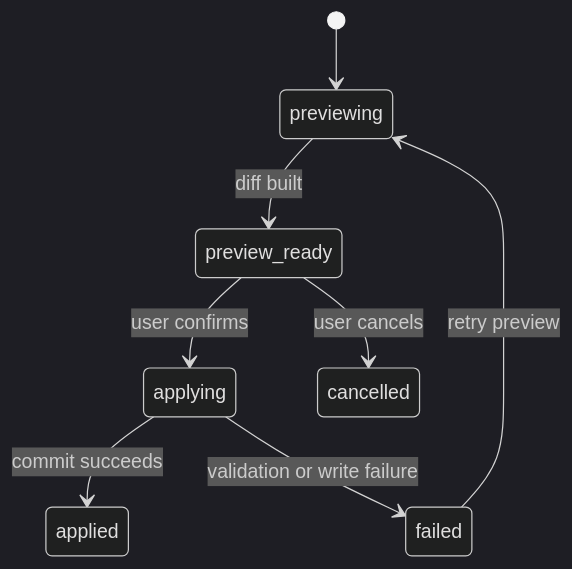
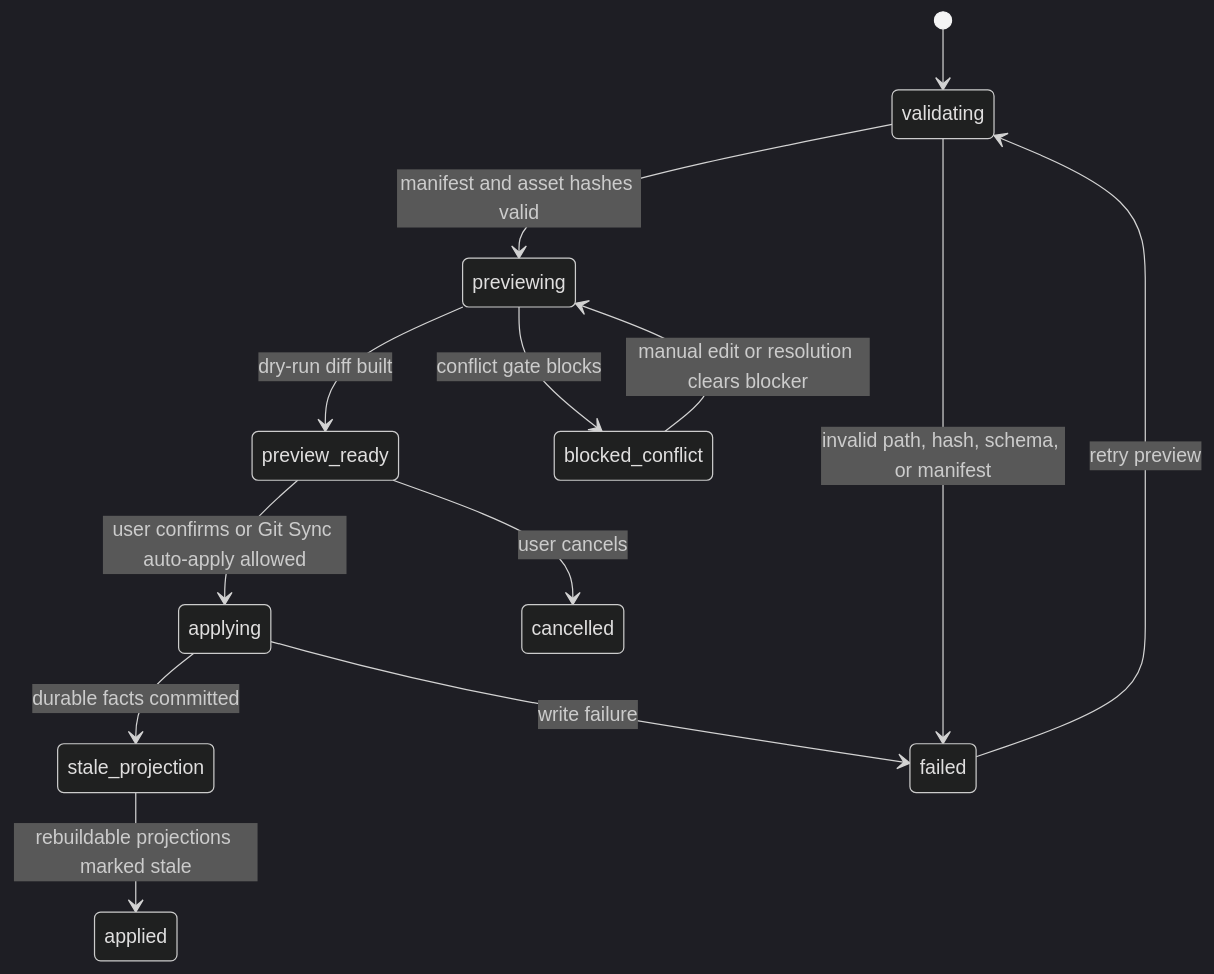
One commit to leike0813/zotero-agents changed the tenth of 11 diagrams in doc/synthesis-layer/state-machines.md. Above: the diagram before and after it, drawn with Mermaid (dark theme). The commit also changed other lines of this file and 521 other files, not shown here.

Commit message:
Support skill-runner using host bridge capability and sequence workflow execution & Dashboard UI refactor & Several bug fixes

````diff
--- a/doc/synthesis-layer/state-machines.md
+++ b/doc/synthesis-layer/state-machines.md
@@ -293,10 +294,15 @@
 ```mermaid
 stateDiagram-v2
-  [*] --> previewing
-  previewing --> preview_ready: diff built
-  preview_ready --> applying: user confirms
+  [*] --> validating
+  validating --> previewing: manifest and asset hashes valid
+  validating --> failed: invalid path, hash, schema, or manifest
+  previewing --> preview_ready: dry-run diff built
+  previewing --> blocked_conflict: conflict gate blocks
+  preview_ready --> applying: user confirms or Git Sync auto-apply allowed
   preview_ready --> cancelled: user cancels
-  applying --> applied: commit succeeds
-  applying --> failed: validation or write failure
-  failed --> previewing: retry preview
+  blocked_conflict --> previewing: manual edit or resolution clears blocker
+  applying --> stale_projection: durable facts committed
+  stale_projection --> applied: rebuildable projections marked stale
+  applying --> failed: write failure
+  failed --> validating: retry preview
 ```
````
